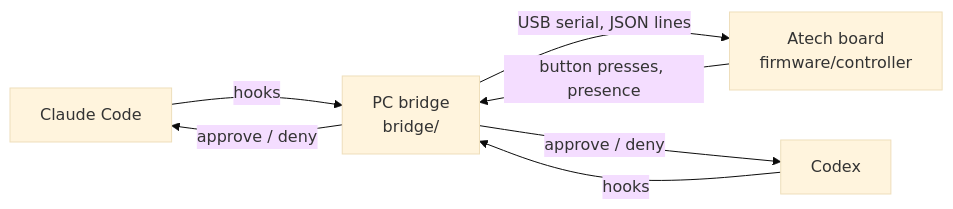
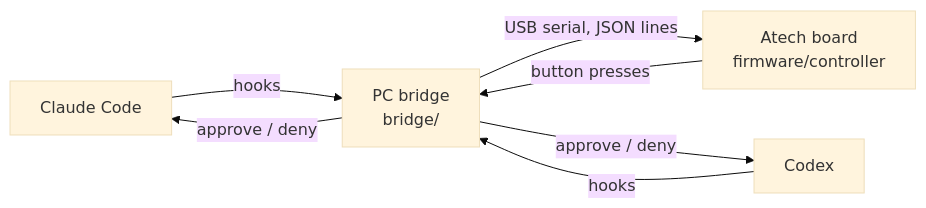
The diagram in README.md (lidalbak/hackathon), drawn with Mermaid (base theme) before and after one commit. The commit also changed 3 other files, not shown here.

````diff
--- a/README.md
+++ b/README.md
@@ -23,9 +23,9 @@
 ```mermaid
 flowchart LR
     CC[Claude Code] -- hooks --> BR
     CX[Codex] -- hooks --> BR
     BR[PC bridge<br/>bridge/] -- "USB serial, JSON lines" --> FW[Atech board<br/>firmware/controller]
-    FW -- "button presses, presence" --> BR
+    FW -- "button presses" --> BR
     BR -- "approve / deny" --> CC
     BR -- "approve / deny" --> CX
 ```
````
